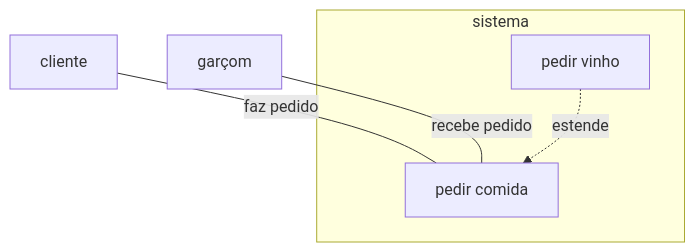
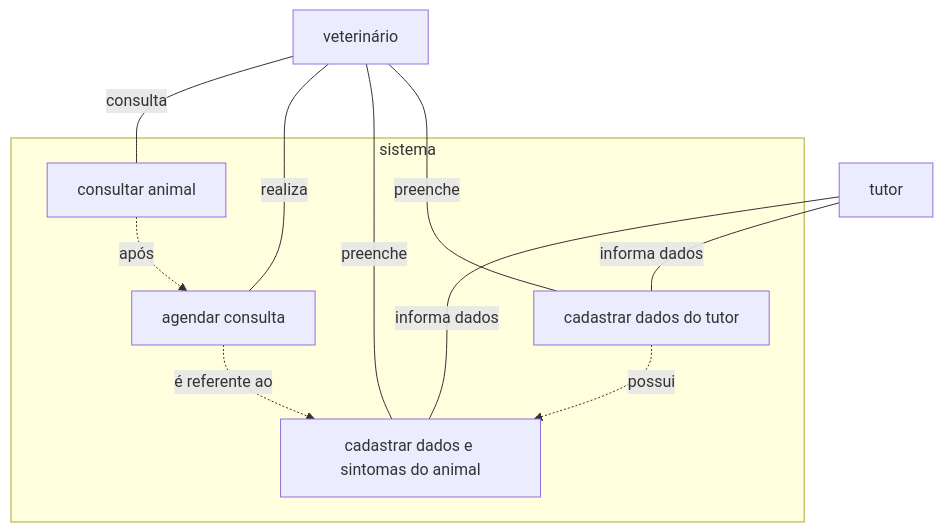
One commit to fronquetti/trabalho-engenharia-software-2026 changed the first of 2 diagrams in README.md. Above: the diagram before and after it, drawn with Mermaid. The commit also changed other lines of this file, not shown here.

Commit message:
Update use case and class diagrams in README

````diff
--- a/README.md
+++ b/README.md
@@ -10,18 +10,27 @@
 ```mermaid
 flowchart TD
-  %% atores
-  cliente["cliente"]
-  garçom["garçom"]
+ veterinario["veterinário"]
+tutor["tutor"]
 
-%%ações
+%% ações
 subgraph sistema
-   comida["pedir comida"]
-   vinho["pedir vinho"]
+   cadastrarTutor["cadastrar dados do tutor"]
+   cadastrarAnimal["cadastrar dados e sintomas do animal"]
+   agendarConsulta["agendar consulta"]
+   consultarAnimal["consultar animal"]
 end
 
 %% relacionamentos
-cliente -- "faz pedido" --- comida
-garçom -- "recebe pedido" --- comida
+veterinario -- "preenche" --- cadastrarTutor
+tutor -- "informa dados" --- cadastrarTutor
 
-vinho -. "estende" .-> comida
+veterinario -- "preenche" --- cadastrarAnimal
+tutor -- "informa dados" --- cadastrarAnimal
+
+veterinario -- "realiza" --- agendarConsulta
+veterinario -- "consulta" --- consultarAnimal
+
+cadastrarTutor -. "possui" .-> cadastrarAnimal
+agendarConsulta -. "é referente ao" .-> cadastrarAnimal
+consultarAnimal -. "após" .-> agendarConsulta
 ```
````
